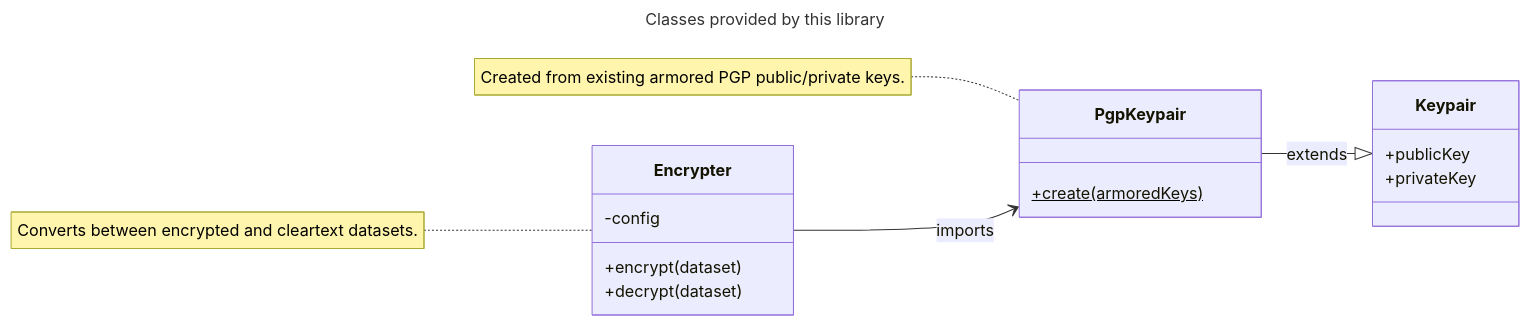
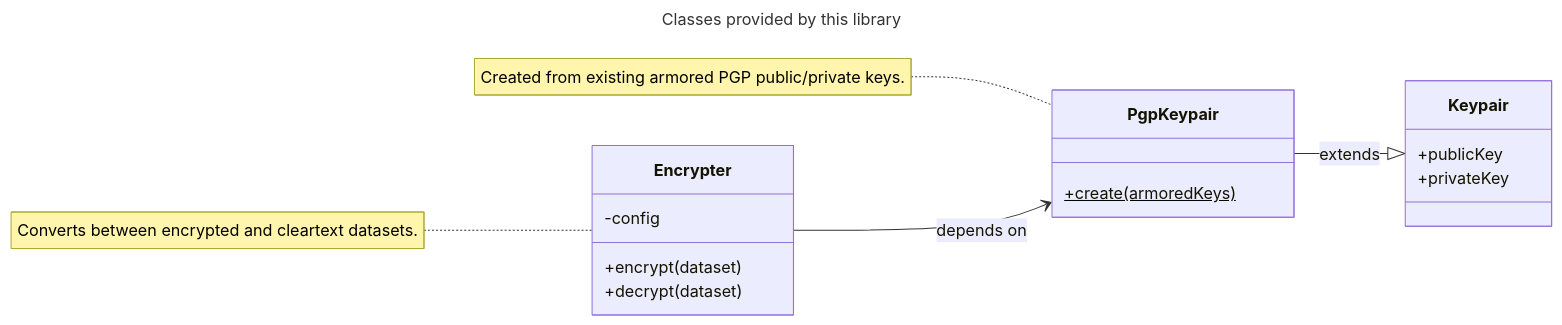
Before and after one commit to doga/rdf-encryption: the second of 3 diagrams in README.md, drawn with Mermaid.

Commit message:
minor edit: diagram

````diff
--- a/README.md
+++ b/README.md
@@ -38,23 +38,23 @@
 ```mermaid
 ---
 title: Classes provided by this library
 ---
 classDiagram
   direction LR
   class Encrypter {
     -config
     +encrypt(dataset)
     +decrypt(dataset)
   }
   class PgpKeypair {
     +create(armoredKeys)$
   }
   class Keypair {
     +publicKey
     +privateKey
   }
   PgpKeypair --|> Keypair: extends
-  Encrypter --> PgpKeypair : imports
+  Encrypter --> PgpKeypair : depends on
   note for Encrypter "Converts between encrypted and cleartext datasets."
   note for PgpKeypair "Created from existing armored PGP public/private keys."
 ```
````
